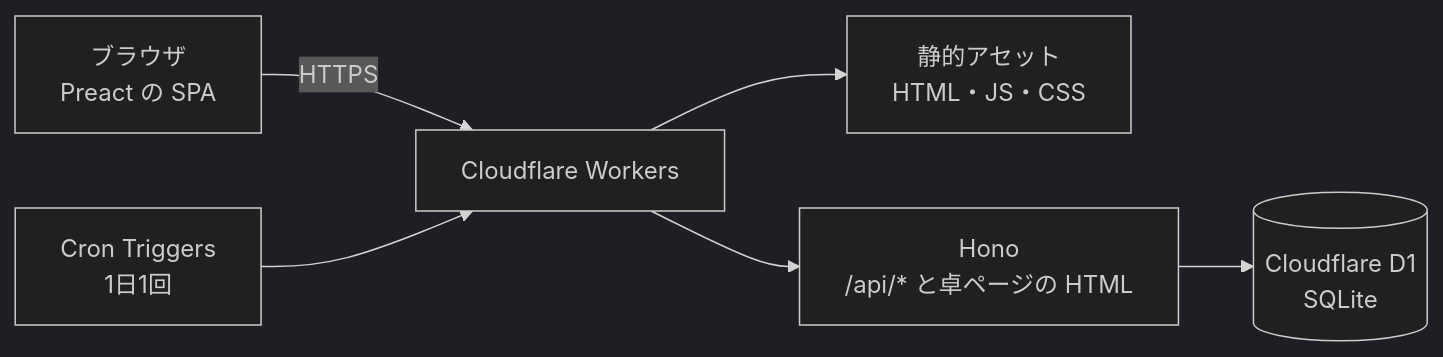
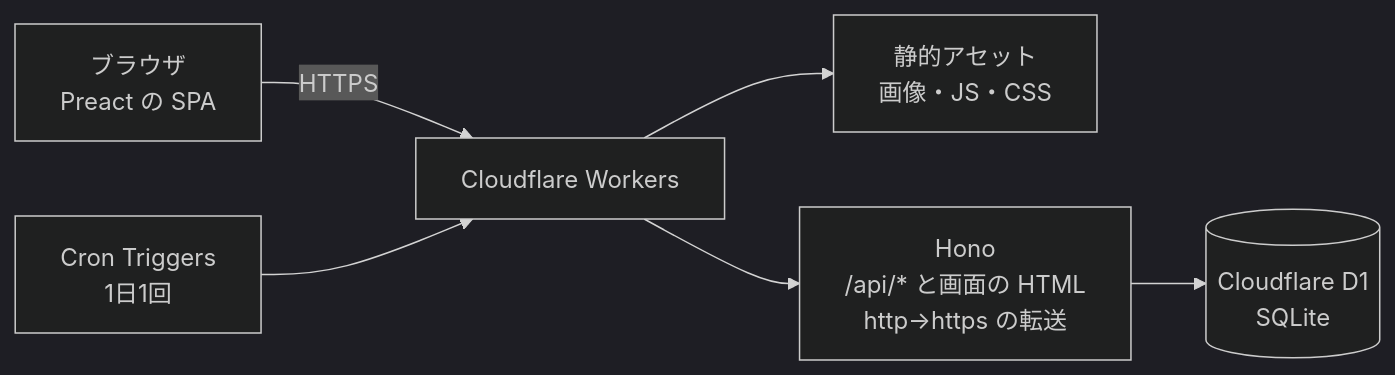
The second of 7 diagrams in docs/specification.md (s1somaru/TRPGSchedule), drawn with Mermaid (dark theme) before and after one commit. The commit also changed other lines of this file and 5 other files, not shown here.

First line of the commit message:
http で開かれたら https に転送する

````diff
--- a/docs/specification.md
+++ b/docs/specification.md
@@ -168,8 +168,8 @@
 ```mermaid
 flowchart LR
   U[ブラウザ<br/>Preact の SPA] -->|HTTPS| W[Cloudflare Workers]
-  W --> AS[静的アセット<br/>HTML・JS・CSS]
-  W --> H[Hono<br/>/api/* と卓ページの HTML]
+  W --> AS[静的アセット<br/>画像・JS・CSS]
+  W --> H[Hono<br/>/api/* と画面の HTML<br/>http→https の転送]
   H --> D[(Cloudflare D1<br/>SQLite)]
   CR[Cron Triggers<br/>1日1回] --> W
 ```
````
